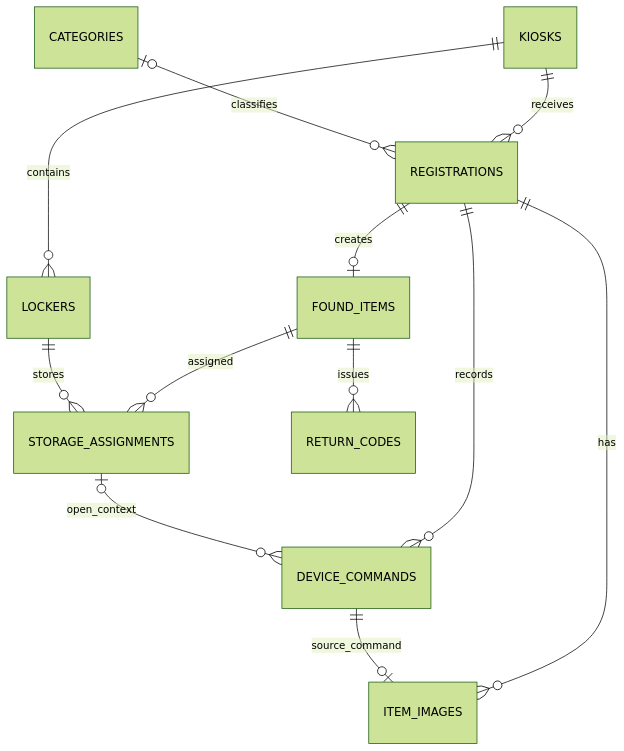
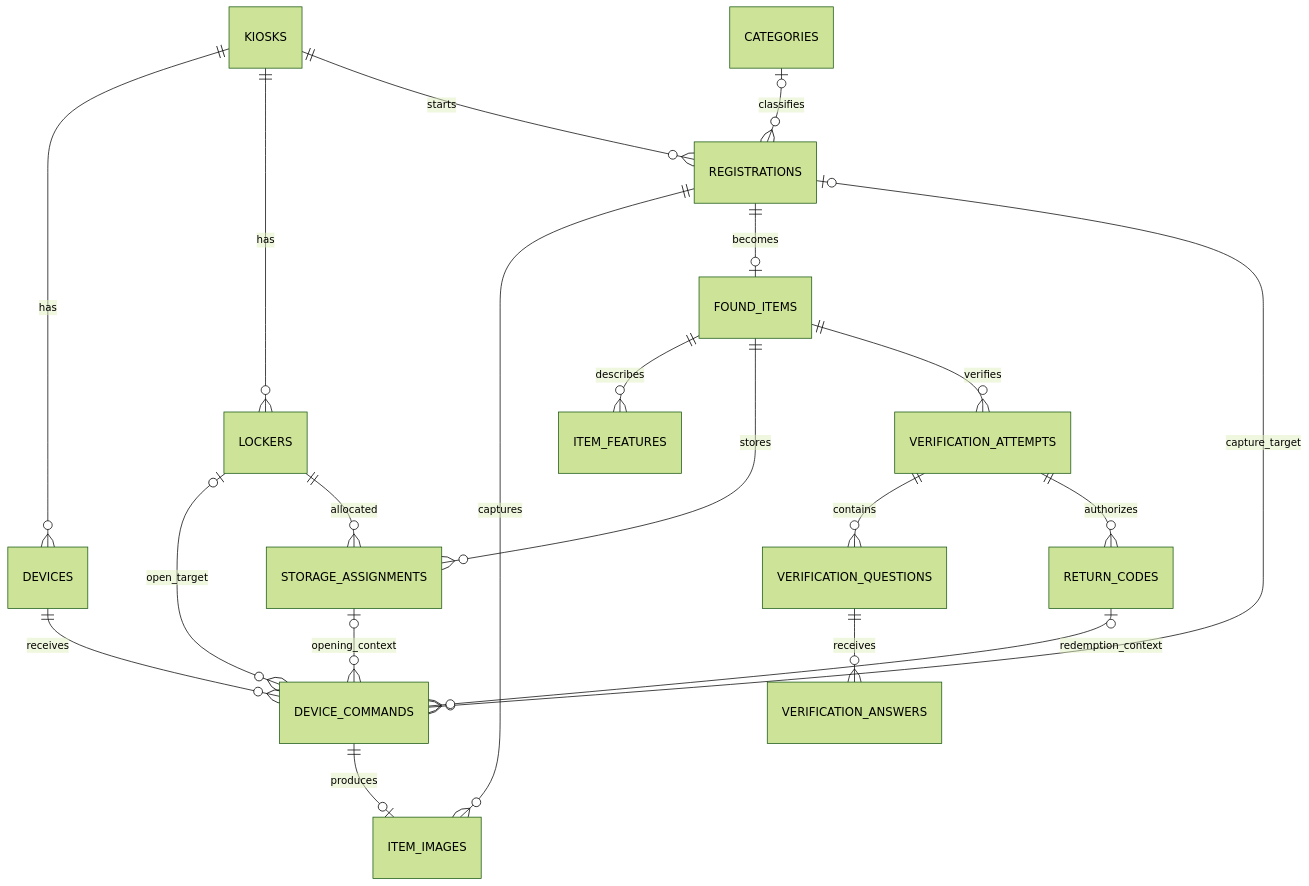
Before and after one commit to CloudAIoT/smart-lost-found: the diagram in backend/docs/erd.md, drawn with Mermaid (forest theme). The commit also changed other lines of this file and 4 other files, not shown here.

````diff
--- a/backend/docs/erd.md
+++ b/backend/docs/erd.md
@@ -25,14 +36,22 @@
 ```mermaid
 erDiagram
-    KIOSKS ||--o{ LOCKERS : contains
-    KIOSKS ||--o{ REGISTRATIONS : receives
+    KIOSKS ||--o{ DEVICES : has
+    KIOSKS ||--o{ LOCKERS : has
+    KIOSKS ||--o{ REGISTRATIONS : starts
     CATEGORIES o|--o{ REGISTRATIONS : classifies
-    REGISTRATIONS ||--o{ ITEM_IMAGES : has
-    REGISTRATIONS ||--o{ DEVICE_COMMANDS : records
-    REGISTRATIONS ||--o| FOUND_ITEMS : creates
-    FOUND_ITEMS ||--o{ STORAGE_ASSIGNMENTS : assigned
-    LOCKERS ||--o{ STORAGE_ASSIGNMENTS : stores
-    STORAGE_ASSIGNMENTS o|--o{ DEVICE_COMMANDS : open_context
-    DEVICE_COMMANDS ||--o| ITEM_IMAGES : source_command
-    FOUND_ITEMS ||--o{ RETURN_CODES : issues
+    REGISTRATIONS ||--o{ ITEM_IMAGES : captures
+    REGISTRATIONS ||--o| FOUND_ITEMS : becomes
+    DEVICES ||--o{ DEVICE_COMMANDS : receives
+    REGISTRATIONS o|--o{ DEVICE_COMMANDS : capture_target
+    LOCKERS o|--o{ DEVICE_COMMANDS : open_target
+    DEVICE_COMMANDS ||--o| ITEM_IMAGES : produces
+    FOUND_ITEMS ||--o{ ITEM_FEATURES : describes
+    FOUND_ITEMS ||--o{ STORAGE_ASSIGNMENTS : stores
+    LOCKERS ||--o{ STORAGE_ASSIGNMENTS : allocated
+    STORAGE_ASSIGNMENTS o|--o{ DEVICE_COMMANDS : opening_context
+    FOUND_ITEMS ||--o{ VERIFICATION_ATTEMPTS : verifies
+    VERIFICATION_ATTEMPTS ||--o{ VERIFICATION_QUESTIONS : contains
+    VERIFICATION_QUESTIONS ||--o{ VERIFICATION_ANSWERS : receives
+    VERIFICATION_ATTEMPTS ||--o{ RETURN_CODES : authorizes
+    RETURN_CODES o|--o{ DEVICE_COMMANDS : redemption_context
 ```
````
